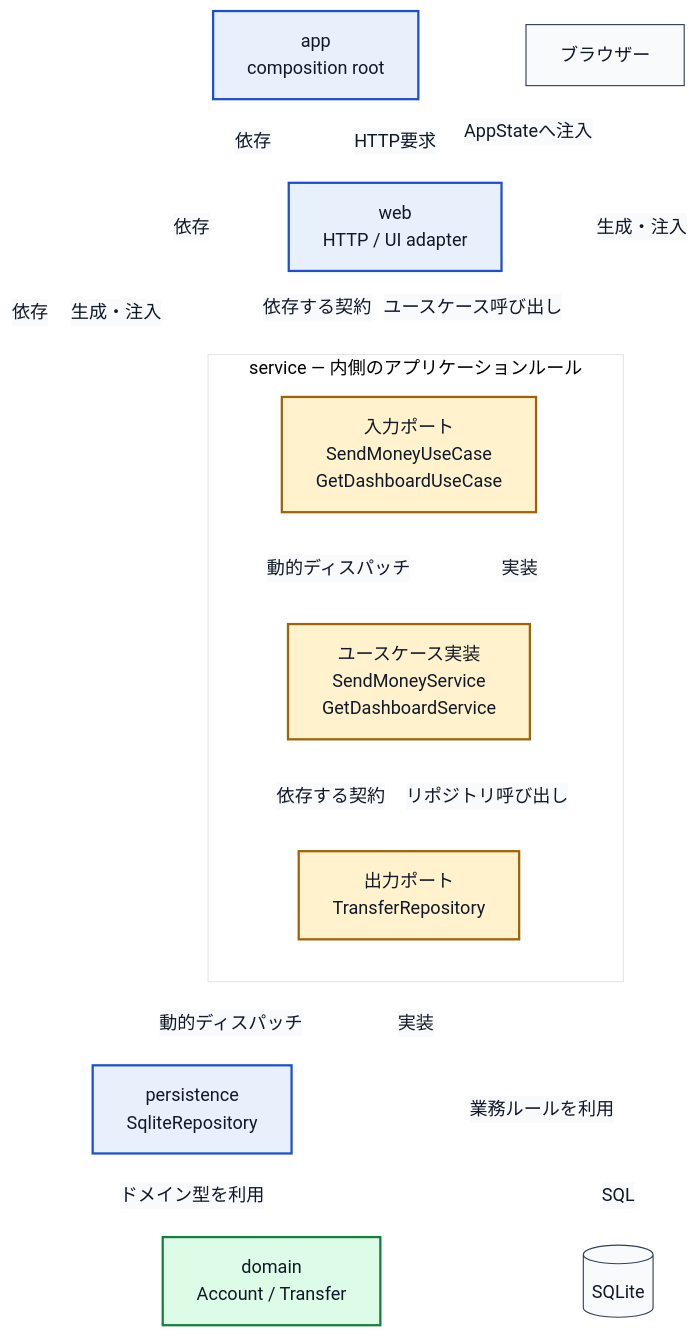
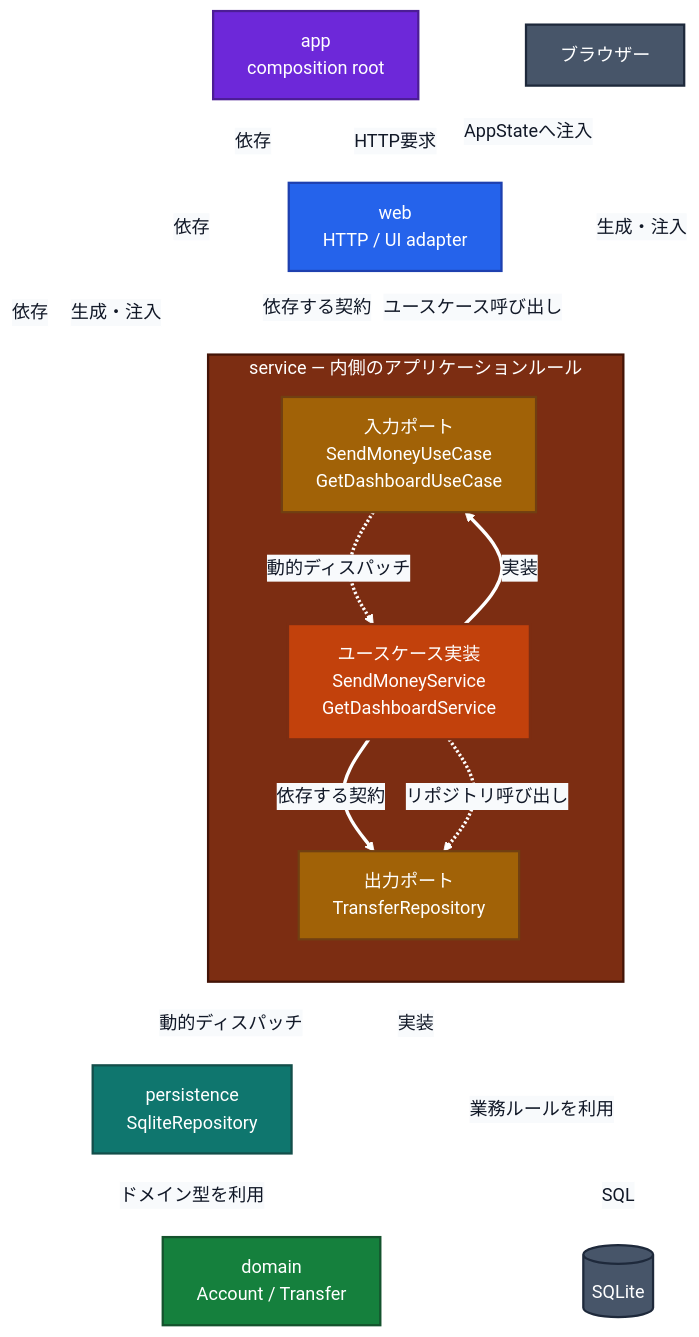
Before and after one commit to gonzily1269/buckpal-rust: the diagram in docs/ARCHITECTURE.md, drawn with Mermaid.

Commit message:
refactor: mermaidの色を変更

````diff
--- a/docs/ARCHITECTURE.md
+++ b/docs/ARCHITECTURE.md
@@ -5,44 +5,53 @@
 ```mermaid
 %%{init: {"theme": "base", "themeVariables": {"background": "#f8fafc", "mainBkg": "#f8fafc", "primaryColor": "#f8fafc", "primaryTextColor": "#111827", "primaryBorderColor": "#334155", "lineColor": "#ffffff", "textColor": "#111827", "edgeLabelBackground": "#f8fafc", "fontFamily": "sans-serif"}}}%%
 flowchart TB
     browser["ブラウザー"]
     app["app<br/>composition root"]
     web["web<br/>HTTP / UI adapter"]
     subgraph service["service — 内側のアプリケーションルール"]
         direction TB
         inport["入力ポート<br/>SendMoneyUseCase<br/>GetDashboardUseCase"]
         usecase["ユースケース実装<br/>SendMoneyService<br/>GetDashboardService"]
         outport["出力ポート<br/>TransferRepository"]
     end
     persistence["persistence<br/>SqliteRepository"]
     db[("SQLite")]
     domain["domain<br/>Account / Transfer"]
 
     app -->|"依存"| web
     app -->|"依存"| usecase
     app -->|"依存"| persistence
     web -->|"依存する契約"| inport
     usecase -->|"実装"| inport
     usecase -->|"依存する契約"| outport
     persistence -->|"実装"| outport
     usecase -->|"業務ルールを利用"| domain
     persistence -->|"ドメイン型を利用"| domain
 
     browser -. "HTTP要求" .-> web
     web -. "ユースケース呼び出し" .-> inport
     inport -. "動的ディスパッチ" .-> usecase
     usecase -. "リポジトリ呼び出し" .-> outport
     outport -. "動的ディスパッチ" .-> persistence
     app -. "生成・注入" .-> persistence
     app -. "生成・注入" .-> usecase
     app -. "AppStateへ注入" .-> web
     persistence -. "SQL" .-> db
 
-    classDef outer fill:#e8f1fb,stroke:#1d4ed8,stroke-width:2px,color:#111827
-    classDef inner fill:#fff2cc,stroke:#a16207,stroke-width:2px,color:#111827
-    classDef core fill:#dcfce7,stroke:#15803d,stroke-width:2px,color:#111827
-    class app,web,persistence outer
-    class inport,usecase,outport inner
-    class domain core
-    linkStyle default stroke:#ffffff,stroke-width:5px
+    classDef external fill:#475569,stroke:#1e293b,stroke-width:2px,color:#ffffff
+    classDef composition fill:#6d28d9,stroke:#4c1d95,stroke-width:2px,color:#ffffff
+    classDef inputAdapter fill:#2563eb,stroke:#1e40af,stroke-width:2px,color:#ffffff
+    classDef outputAdapter fill:#0f766e,stroke:#134e4a,stroke-width:2px,color:#ffffff
+    classDef applicationService fill:#c2410c,stroke:#7c2d12,stroke-width:2px,color:#ffffff
+    classDef port fill:#a16207,stroke:#713f12,stroke-width:2px,color:#ffffff
+    classDef domainLayer fill:#15803d,stroke:#14532d,stroke-width:2px,color:#ffffff
+    class browser,db external
+    class app composition
+    class web inputAdapter
+    class persistence outputAdapter
+    class usecase applicationService
+    class inport,outport port
+    class domain domainLayer
+    style service fill:#7c2d12,stroke:#431407,stroke-width:2px,color:#ffffff
+    linkStyle default stroke:#ffffff,stroke-width:3px
 ```
````
